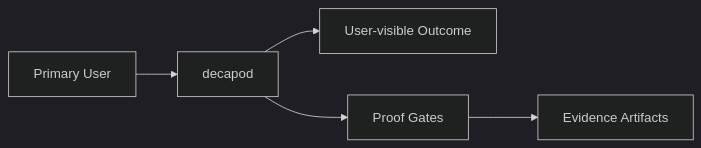
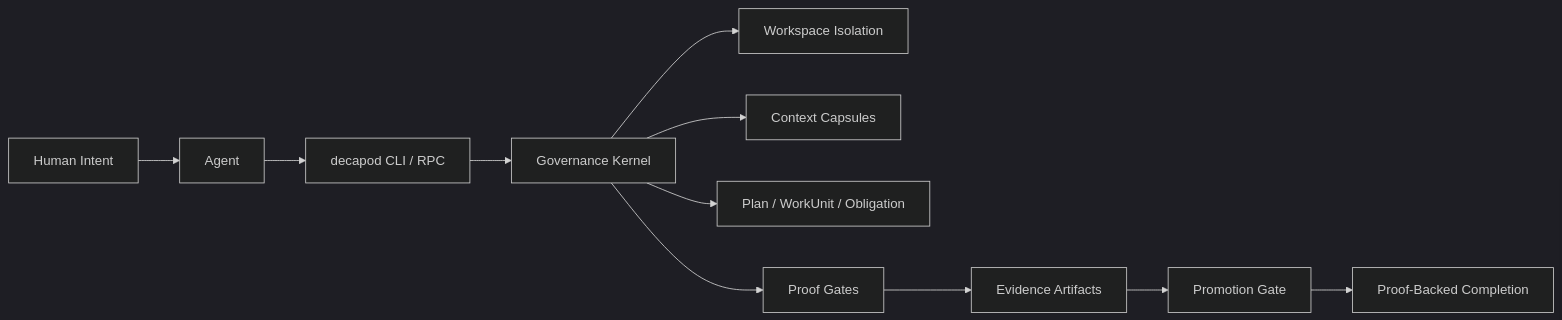
Before and after one commit to DecapodLabs/decapod: the diagram in .decapod/generated/specs/INTENT.md, drawn with Mermaid (dark theme). The commit also changed other lines of this file and 8 other files, not shown here.

````diff
--- a/.decapod/generated/specs/INTENT.md
+++ b/.decapod/generated/specs/INTENT.md
@@ -15,7 +47,13 @@
 ```mermaid
 flowchart LR
-  U[Primary User] --> P[decapod]
-  P --> O[User-visible Outcome]
-  P --> G[Proof Gates]
-  G --> E[Evidence Artifacts]
+  A[Human Intent] --> B[Agent]
+  B --> C[decapod CLI / RPC]
+  C --> D[Governance Kernel]
+  D --> E[Workspace Isolation]
+  D --> F[Context Capsules]
+  D --> G[Plan / WorkUnit / Obligation]
+  D --> H[Proof Gates]
+  H --> I[Evidence Artifacts]
+  I --> J[Promotion Gate]
+  J --> K[Proof-Backed Completion]
 ```
````
